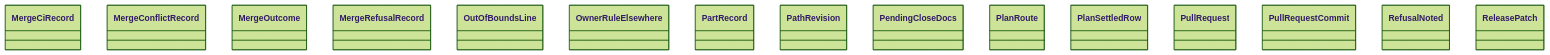
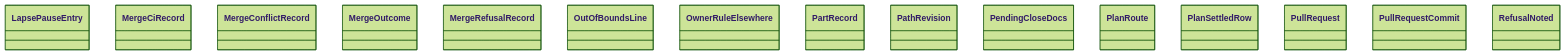
One commit to GonzaloZevallos/agentic-system changed the diagram in docs/architecture/generated/classes-process-domain-state-7.md. Above: the diagram before and after it, drawn with Mermaid (forest theme). The commit also changed other lines of this file and 10 other files, not shown here.

````diff
--- a/docs/architecture/generated/classes-process-domain-state-7.md
+++ b/docs/architecture/generated/classes-process-domain-state-7.md
@@ -31,18 +31,18 @@
 ```mermaid
 classDiagram
+    class task__LapsePauseEntry["LapsePauseEntry"]
     class task__MergeCiRecord["MergeCiRecord"]
     class task__MergeConflictRecord["MergeConflictRecord"]
     class task__MergeOutcome["MergeOutcome"]
     class task__MergeRefusalRecord["MergeRefusalRecord"]
     class task__OutOfBoundsLine["OutOfBoundsLine"]
     class task__OwnerRuleElsewhere["OwnerRuleElsewhere"]
     class task__PartRecord["PartRecord"]
     class task__PathRevision["PathRevision"]
     class task__PendingCloseDocs["PendingCloseDocs"]
     class task__PlanRoute["PlanRoute"]
     class task__PlanSettledRow["PlanSettledRow"]
     class task__PullRequest["PullRequest"]
     class task__PullRequestCommit["PullRequestCommit"]
     class task__RefusalNoted["RefusalNoted"]
-    class task__ReleasePatch["ReleasePatch"]
 ```
````
